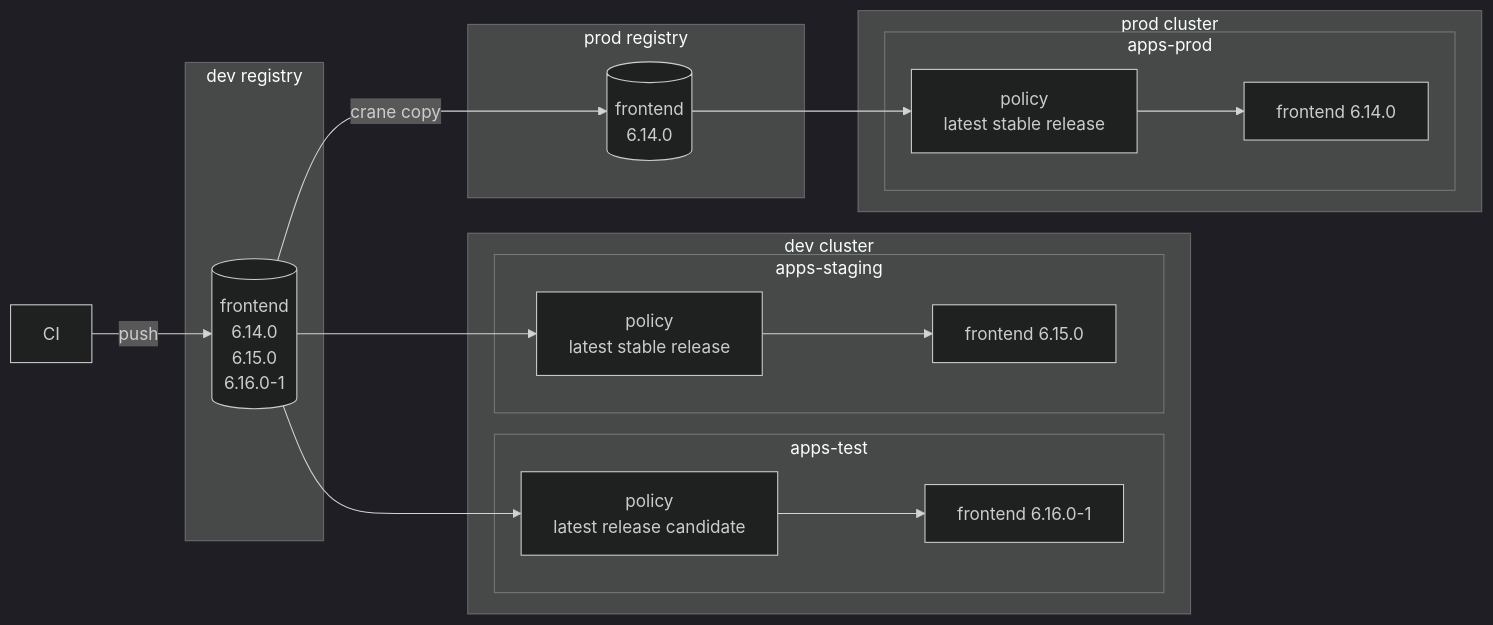
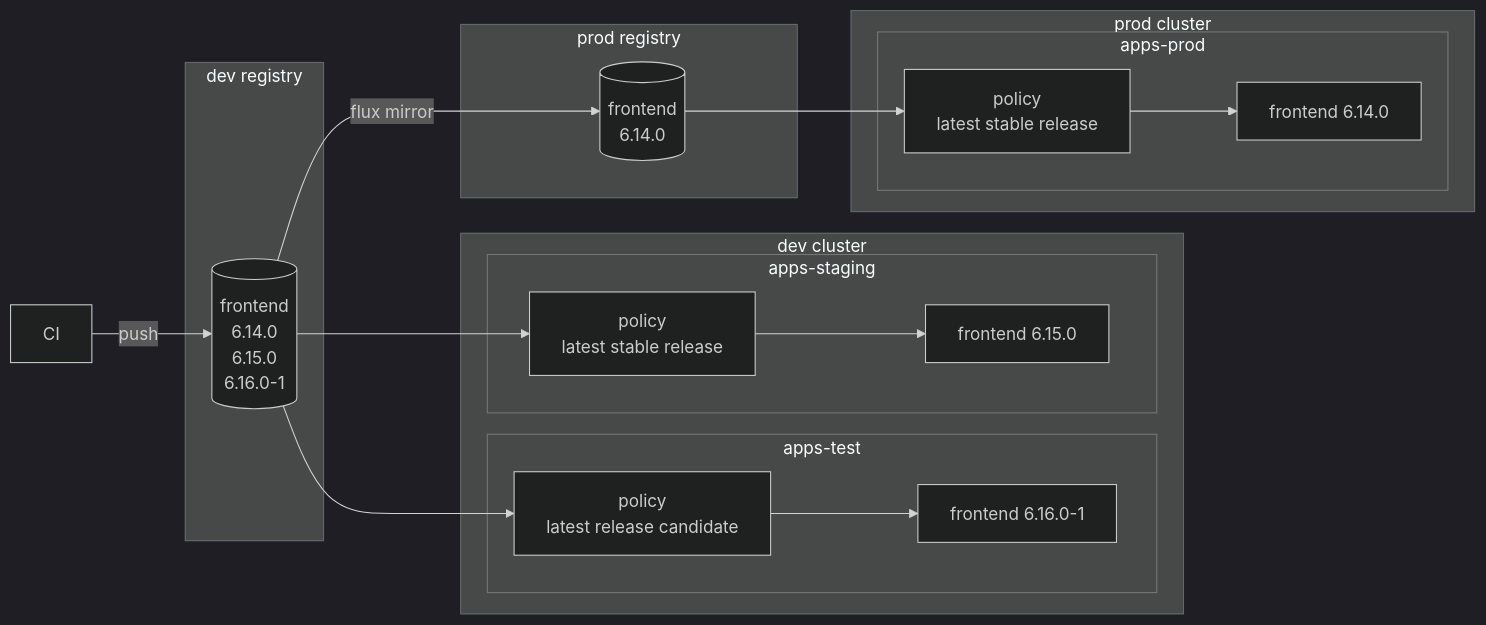
Before and after one commit to stefanprodan/flux-mono-example: the second of 2 diagrams in README.md, drawn with Mermaid (dark theme). The commit also changed other lines of this file, not shown here.

Commit message:
Use flux mirror for promotion in README

````diff
--- a/README.md
+++ b/README.md
@@ -57,35 +57,35 @@
 ```mermaid
 flowchart LR
   ci[CI] -- push --> devimg
 
   subgraph devreg[dev registry]
     devimg[(frontend<br/>6.14.0<br/>6.15.0<br/>6.16.0-1)]
   end
 
   subgraph dev[dev cluster]
     subgraph test[apps-test]
       tpol[policy<br/>latest release candidate]
       tks[frontend 6.16.0-1]
     end
     subgraph staging[apps-staging]
       spol[policy<br/>latest stable release]
       sks[frontend 6.15.0]
     end
   end
 
   subgraph prodreg[prod registry]
     prodimg[(frontend<br/>6.14.0)]
   end
 
   subgraph prod[prod cluster]
     subgraph prodns[apps-prod]
       ppol[policy<br/>latest stable release]
       pks[frontend 6.14.0]
     end
   end
 
   devimg --> tpol --> tks
   devimg --> spol --> sks
-  devimg -- crane copy --> prodimg
+  devimg -- flux mirror --> prodimg
   prodimg --> ppol --> pks
 ```
````
